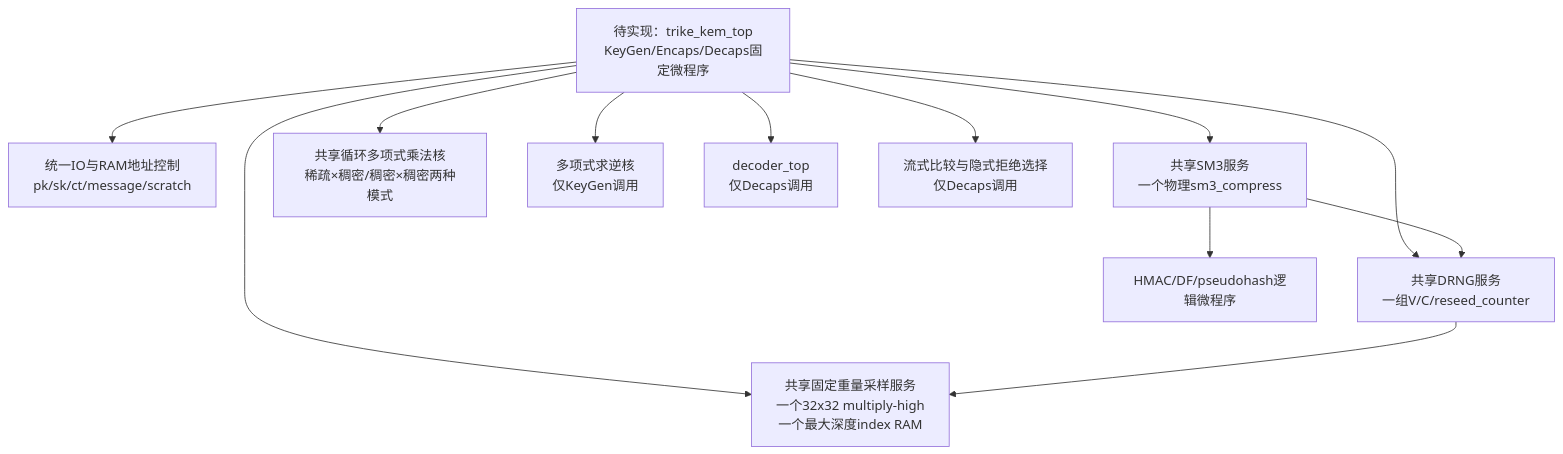
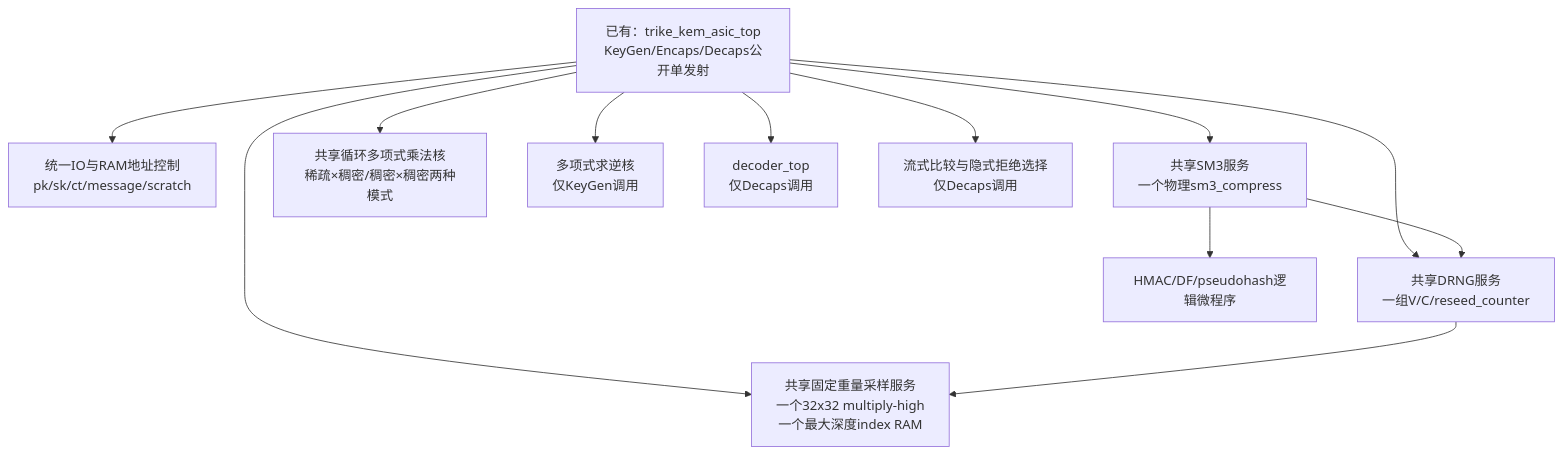
One commit to z2901550610/Min_Sum changed the eighth of 8 diagrams in docs/design/trike_kem_common_cores.md. Above: the diagram before and after it, drawn with Mermaid. The commit also changed other lines of this file and 26 other files, not shown here.

Commit message:
feat(trike): add unified KEM ASIC control

````diff
--- a/docs/design/trike_kem_common_cores.md
+++ b/docs/design/trike_kem_common_cores.md
@@ -414,16 +414,16 @@
 ```mermaid
 flowchart TD
-    TOP["待实现：trike_kem_top<br/>KeyGen/Encaps/Decaps固定微程序"]
+    TOP["已有：trike_kem_asic_top<br/>KeyGen/Encaps/Decaps公开单发射"]
     TOP --> IO["统一IO与RAM地址控制<br/>pk/sk/ct/message/scratch"]
     TOP --> SM3["共享SM3服务<br/>一个物理sm3_compress"]
     TOP --> DRNG["共享DRNG服务<br/>一组V/C/reseed_counter"]
     TOP --> SAMPLE["共享固定重量采样服务<br/>一个32x32 multiply-high<br/>一个最大深度index RAM"]
     TOP --> MUL["共享循环多项式乘法核<br/>稀疏×稠密/稠密×稠密两种模式"]
     TOP --> INV["多项式求逆核<br/>仅KeyGen调用"]
     TOP --> DEC["decoder_top<br/>仅Decaps调用"]
     TOP --> VERIFY["流式比较与隐式拒绝选择<br/>仅Decaps调用"]
 
     SM3 --> DRNG
     SM3 --> PH["HMAC/DF/pseudohash逻辑微程序"]
     DRNG --> SAMPLE
 ```
````
